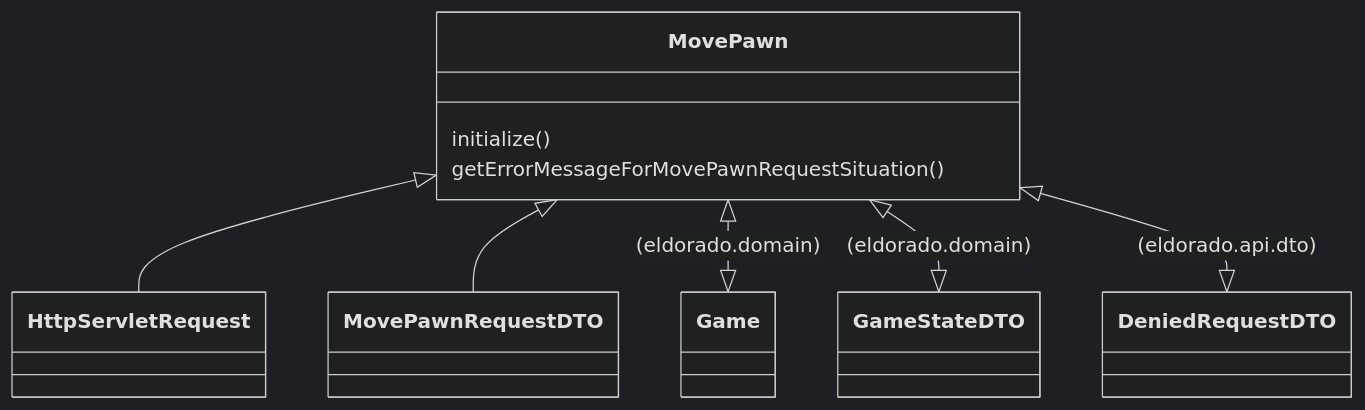
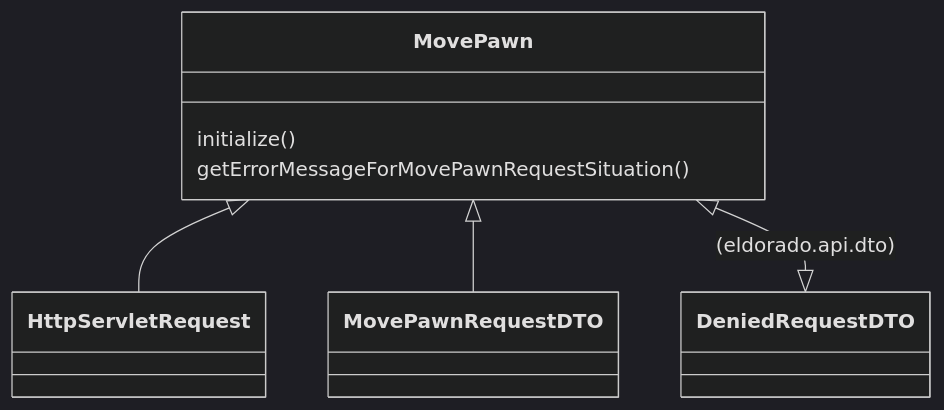
Before and after one commit to stijnlinderman/eldorado: the sixth of 8 diagrams in ARCHITECTURE.md, drawn with Mermaid (dark theme). The commit also changed other lines of this file, not shown here.

````diff
--- a/ARCHITECTURE.md
+++ b/ARCHITECTURE.md
@@ -71,10 +70,8 @@
 ```mermaid
 classDiagram
 	MovePawn <|-- HttpServletRequest
 	MovePawn <|-- MovePawnRequestDTO
-	MovePawn <|--|> Game: (eldorado.domain)
-	MovePawn <|--|> GameStateDTO: (eldorado.domain)
 	MovePawn <|--|> DeniedRequestDTO: (eldorado.api.dto)
 	MovePawn : initialize()
 	MovePawn : getErrorMessageForMovePawnRequestSituation()
 ```
````
